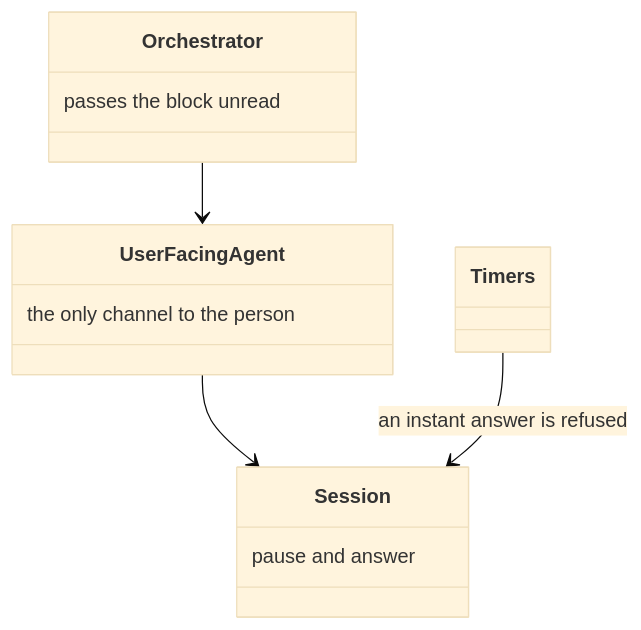
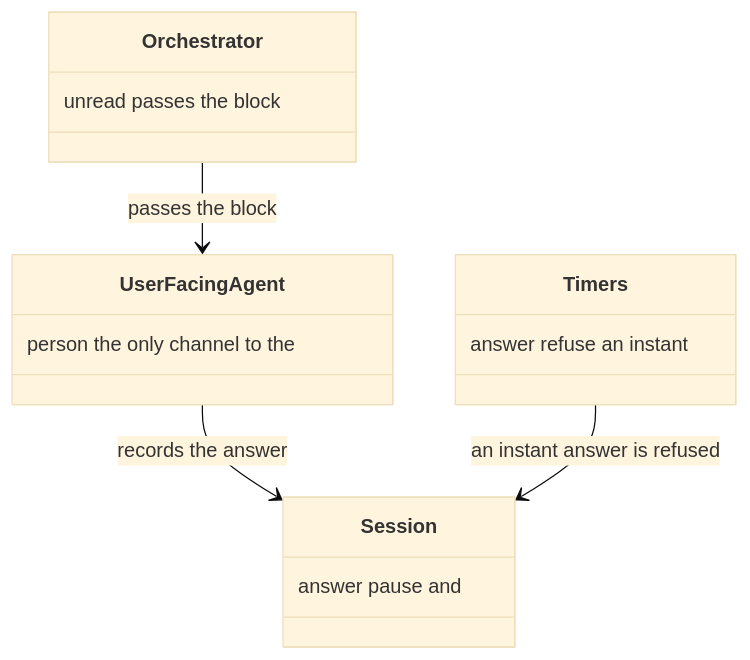
Before and after one commit to m2ux/workflow-server: diagram 22 of 22 in docs/checkpoint.md, drawn with Mermaid (base theme). The commit also changed other lines of this file and 13 other files, not shown here.

````diff
--- a/docs/checkpoint.md
+++ b/docs/checkpoint.md
@@ -348,16 +408,18 @@
 ```mermaid
 classDiagram
   class UserFacingAgent {
-    the only channel to the person
+    person the only channel to the
   }
   class Orchestrator {
-    passes the block unread
+    unread passes the block
   }
   class Session {
-    pause and answer
+    answer pause and
   }
-  class Timers
-  UserFacingAgent --> Session
-  Orchestrator --> UserFacingAgent
+  class Timers {
+    answer refuse an instant
+  }
+  UserFacingAgent --> Session : records the answer
+  Orchestrator --> UserFacingAgent : passes the block
   Timers --> Session : an instant answer is refused
 ```
````
